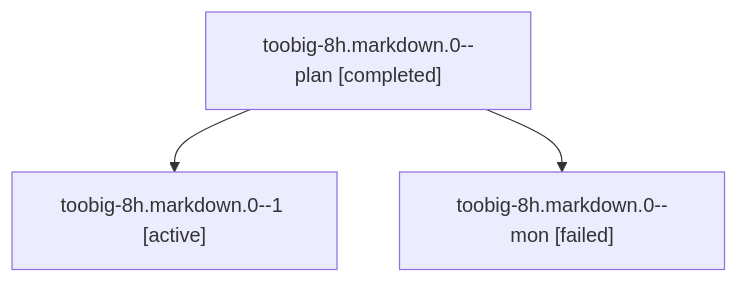
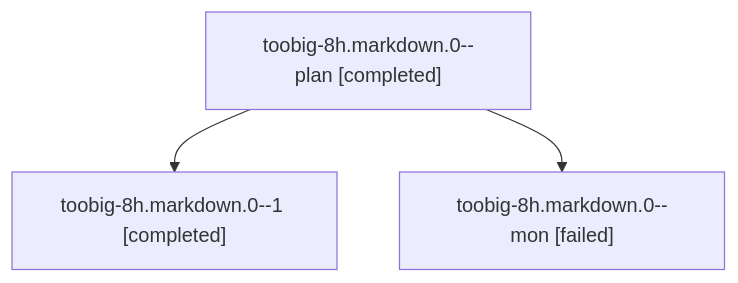
Before and after one commit to sase-org/sase--agents: the diagram in sessions/bbugyi200.athena.toobig-8h.markdown.0.md, drawn with Mermaid. The commit also changed other lines of this file and 134 other files, not shown here.

````diff
--- a/sessions/bbugyi200.athena.toobig-8h.markdown.0.md
+++ b/sessions/bbugyi200.athena.toobig-8h.markdown.0.md
@@ -9,8 +9,8 @@
 ```mermaid
 flowchart TD
   n0["toobig-8h.markdown.0--plan [completed]"]
-  n1["toobig-8h.markdown.0--1 [active]"]
+  n1["toobig-8h.markdown.0--1 [completed]"]
   n0 --> n1
   n2["toobig-8h.markdown.0--mon [failed]"]
   n0 --> n2
 ```
````
